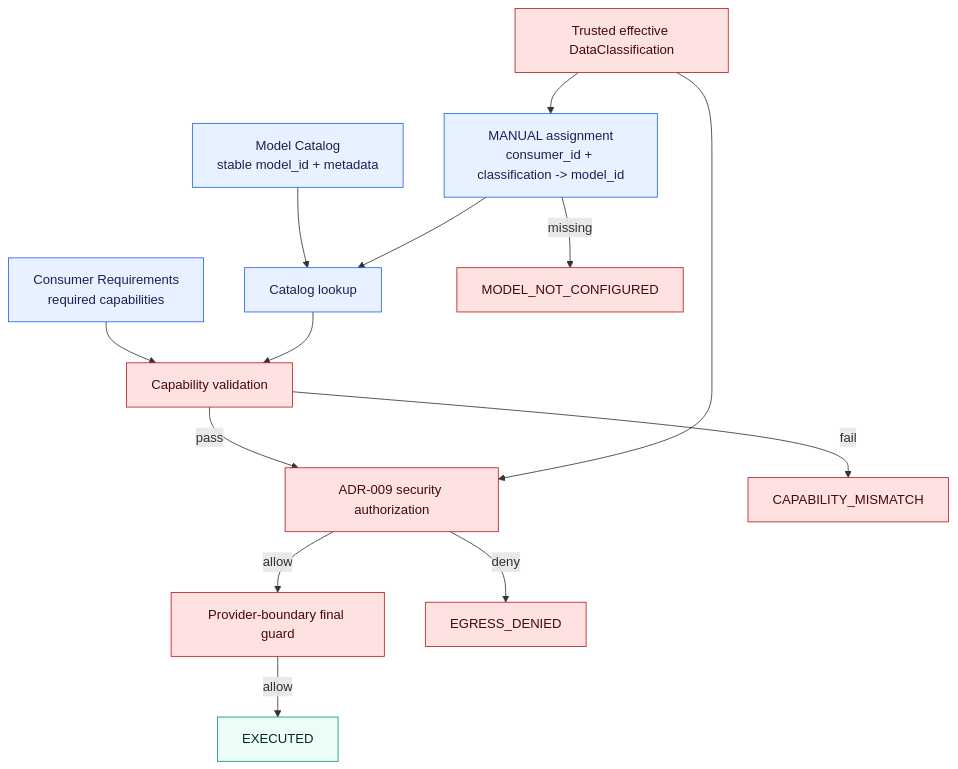
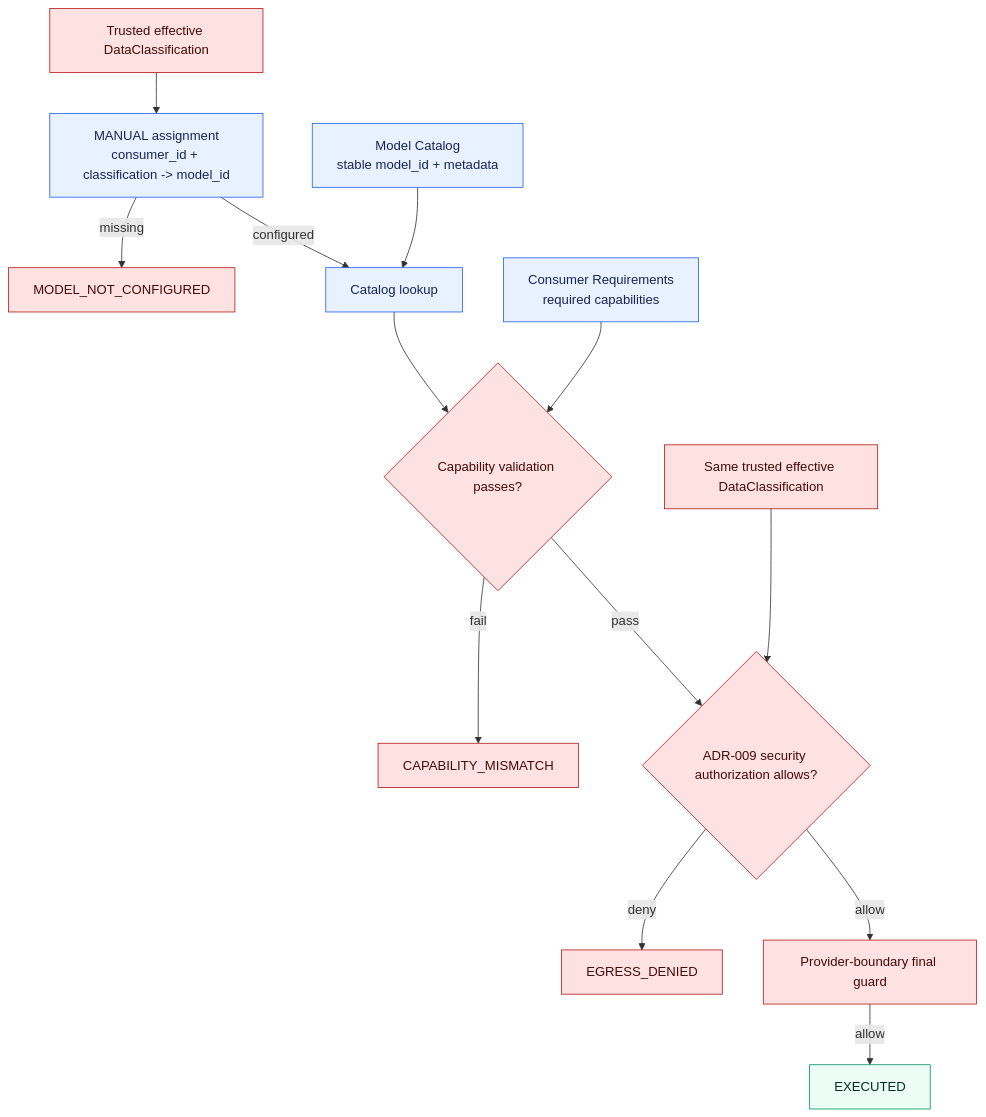
Diagram 22 of 27 in docs/architecture/overview.md (aboerzel/industrial-ai-agent), drawn with Mermaid before and after one commit. The commit also changed other lines of this file, not shown here.

Commit message:
docs: improve architecture diagram readability

````diff
--- a/docs/architecture/overview.md
+++ b/docs/architecture/overview.md
@@ -1353,22 +1372,22 @@
 ```mermaid
 flowchart TD
-    Catalog["Model Catalog<br/>stable model_id + metadata"] --> Lookup["Catalog lookup"]
-    Assignment["MANUAL assignment<br/>consumer_id + classification -> model_id"] --> Lookup
-    Requirements["Consumer Requirements<br/>required capabilities"] --> Capability["Capability validation"]
-    Lookup --> Capability
-    Capability -->|"pass"| Security["ADR-009 security authorization"]
+    RunClass["Trusted effective DataClassification"] --> Assignment["MANUAL assignment<br/>consumer_id + classification -> model_id"]
+    Assignment -->|"missing"| Missing["MODEL_NOT_CONFIGURED"]
+    Assignment -->|"configured"| Lookup["Catalog lookup"]
+    Catalog["Model Catalog<br/>stable model_id + metadata"] --> Lookup
+    Lookup --> Capability{"Capability validation passes?"}
+    Requirements["Consumer Requirements<br/>required capabilities"] --> Capability
     Capability -->|"fail"| Mismatch["CAPABILITY_MISMATCH"]
-    RunClass["Trusted effective DataClassification"] --> Assignment
-    RunClass --> Security
+    Capability -->|"pass"| Security{"ADR-009 security authorization allows?"}
+    SameClass["Same trusted effective DataClassification"] --> Security
+    Security -->|"deny"| EgressDenied["EGRESS_DENIED"]
     Security -->|"allow"| Guard["Provider-boundary final guard"]
-    Security -->|"deny"| EgressDenied["EGRESS_DENIED"]
     Guard -->|"allow"| Executed["EXECUTED"]
-    Assignment -->|"missing"| Missing["MODEL_NOT_CONFIGURED"]
 
     classDef config fill:#e8f1ff,stroke:#2563eb,color:#172554
     classDef security fill:#fee2e2,stroke:#b91c1c,color:#450a0a
     classDef execution fill:#ecfdf5,stroke:#059669,color:#022c22
     class Catalog,Assignment,Requirements,Lookup config
-    class RunClass,Capability,Security,Guard,Mismatch,EgressDenied,Missing security
+    class RunClass,SameClass,Capability,Security,Guard,Mismatch,EgressDenied,Missing security
     class Executed execution
 ```
````
